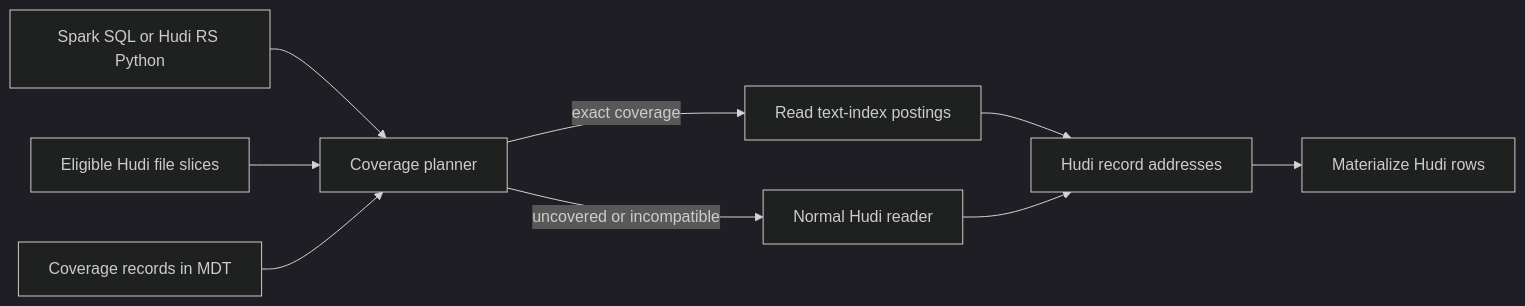
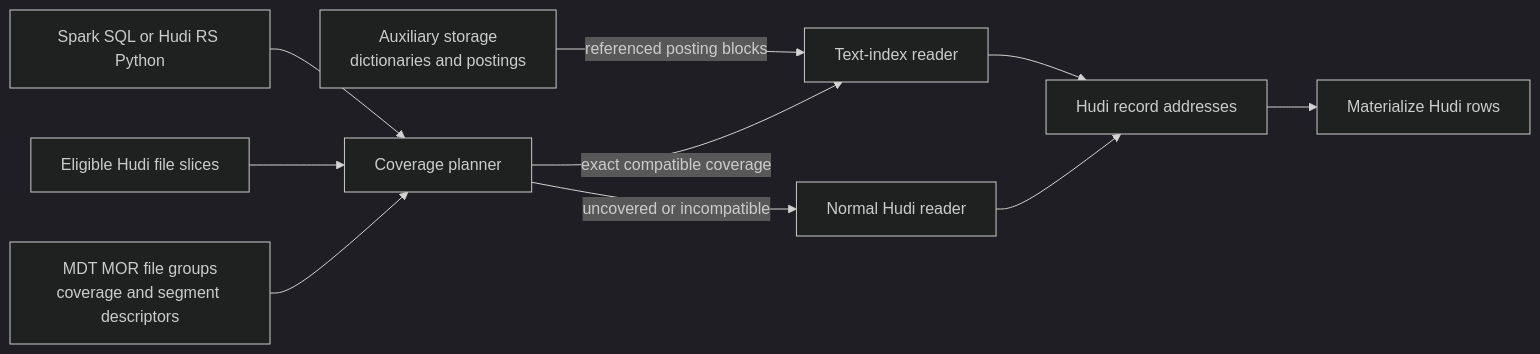
One commit to apache/hudi changed the second of 4 diagrams in rfc/rfc-110/rfc-110.md. Above: the diagram before and after it, drawn with Mermaid (dark theme). The commit also changed other lines of this file, not shown here.

Commit message:
docs: polish RFC-110 text index design

````diff
--- a/rfc/rfc-110/rfc-110.md
+++ b/rfc/rfc-110/rfc-110.md
@@ -355,20 +388,22 @@
 ```mermaid
 flowchart LR
     QUERY["Spark SQL or Hudi RS Python"]
     DATA["Eligible Hudi file slices"]
-    MDT["Coverage records in MDT"]
+    MDT["MDT MOR file groups<br/>coverage and segment descriptors"]
+    FILES["Auxiliary storage<br/>dictionaries and postings"]
     PLANNER["Coverage planner"]
-    INDEX["Read text-index postings"]
+    INDEX["Text-index reader"]
     SCAN["Normal Hudi reader"]
     ADDRESSES["Hudi record addresses"]
     ROWS["Materialize Hudi rows"]
 
     QUERY --> PLANNER
     DATA --> PLANNER
     MDT --> PLANNER
-    PLANNER -->|"exact coverage"| INDEX
+    PLANNER -->|"exact compatible coverage"| INDEX
     PLANNER -->|"uncovered or incompatible"| SCAN
+    FILES -->|"referenced posting blocks"| INDEX
     INDEX --> ADDRESSES
     SCAN --> ADDRESSES
     ADDRESSES --> ROWS
 ```
````
